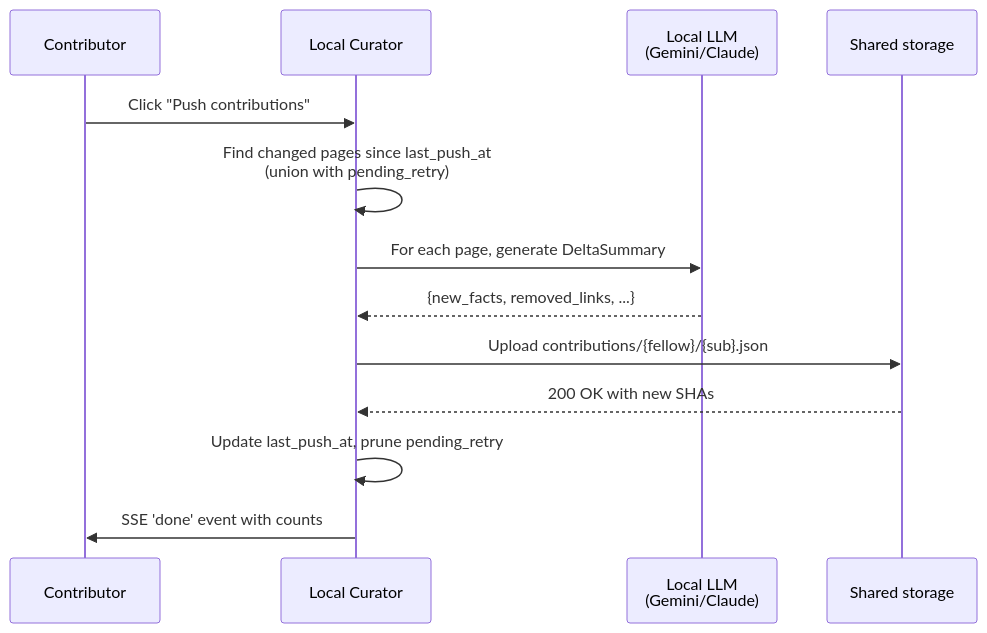
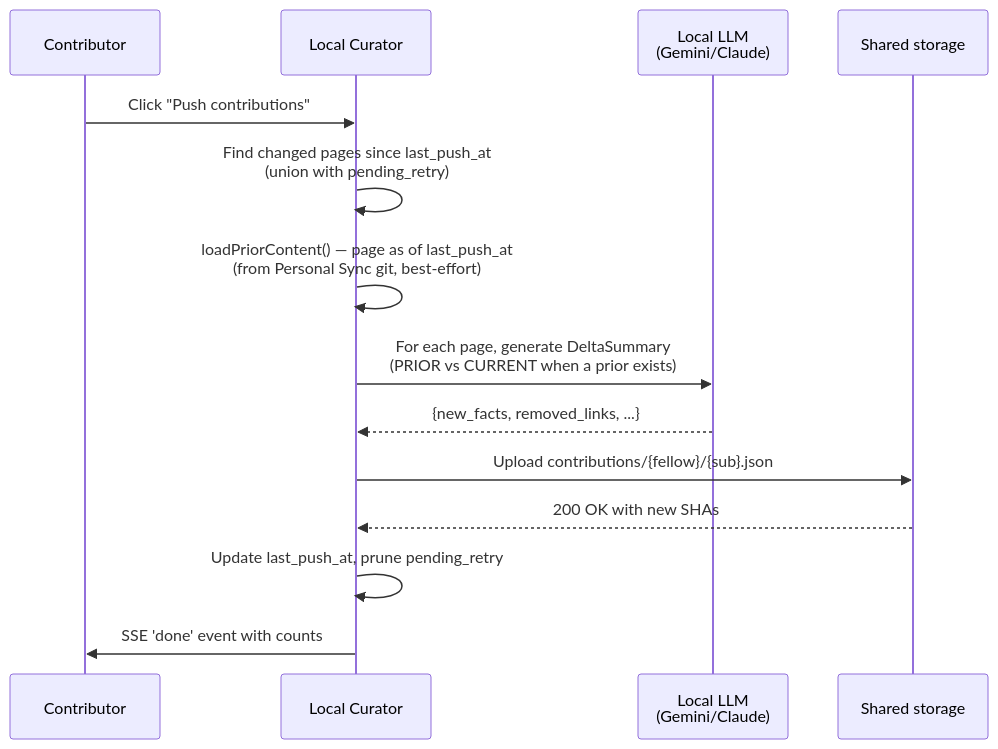
Before and after one commit to talirezun/the-curator: the third of 4 diagrams in docs/shared-brain.md, drawn with Mermaid. The commit also changed other lines of this file and 31 other files, not shown here.

````diff
--- a/docs/shared-brain.md
+++ b/docs/shared-brain.md
@@ -304,16 +304,17 @@
 ```mermaid
 sequenceDiagram
   participant U as Contributor
   participant L as Local Curator
   participant LLM as Local LLM<br/>(Gemini/Claude)
   participant S as Shared storage
 
   U->>L: Click "Push contributions"
   L->>L: Find changed pages since last_push_at<br/>(union with pending_retry)
-  L->>LLM: For each page, generate DeltaSummary
+  L->>L: loadPriorContent() — page as of last_push_at<br/>(from Personal Sync git, best-effort)
+  L->>LLM: For each page, generate DeltaSummary<br/>(PRIOR vs CURRENT when a prior exists)
   LLM-->>L: {new_facts, removed_links, ...}
   L->>S: Upload contributions/{fellow}/{sub}.json
   S-->>L: 200 OK with new SHAs
   L->>L: Update last_push_at, prune pending_retry
   L->>U: SSE 'done' event with counts
 ```
````
